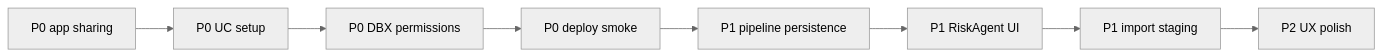
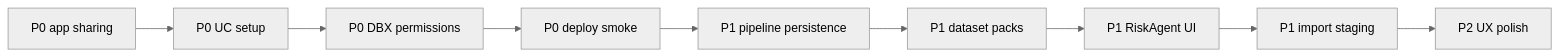
The second of 2 diagrams in TODO.md (motobob/dbx_hack_doctors), drawn with Mermaid (neutral theme) before and after one commit. The commit also changed other lines of this file and 40 other files, not shown here.

````diff
--- a/TODO.md
+++ b/TODO.md
@@ -132,10 +153,11 @@
 ```mermaid
 flowchart LR
   access[P0 app sharing] --> uc[P0 UC setup]
   uc --> perms[P0 DBX permissions]
   perms --> smoke[P0 deploy smoke]
   smoke --> persist[P1 pipeline persistence]
-  persist --> risk[P1 RiskAgent UI]
+  persist --> packs[P1 dataset packs]
+  packs --> risk[P1 RiskAgent UI]
   risk --> importStage[P1 import staging]
   importStage --> polish[P2 UX polish]
 ```
````
